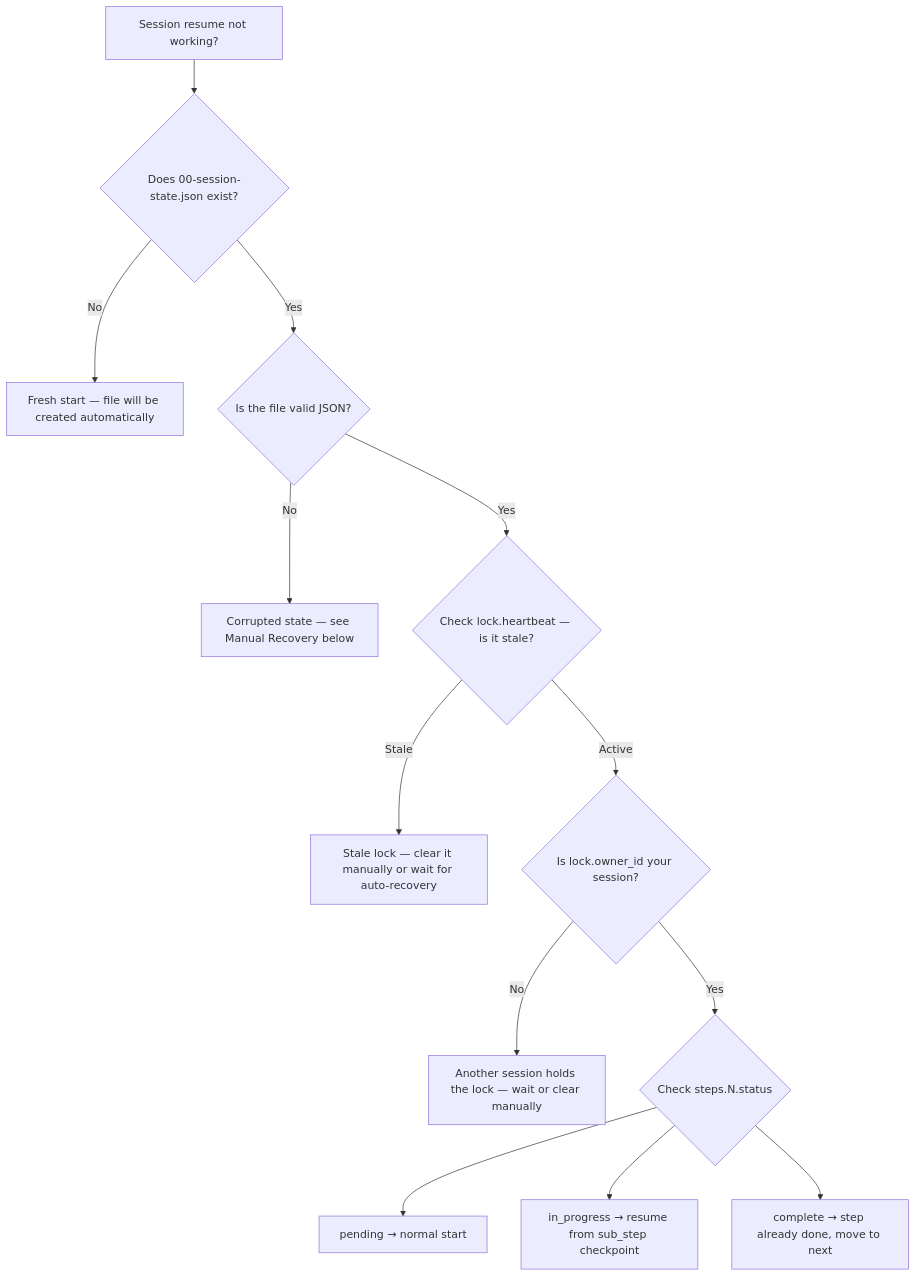
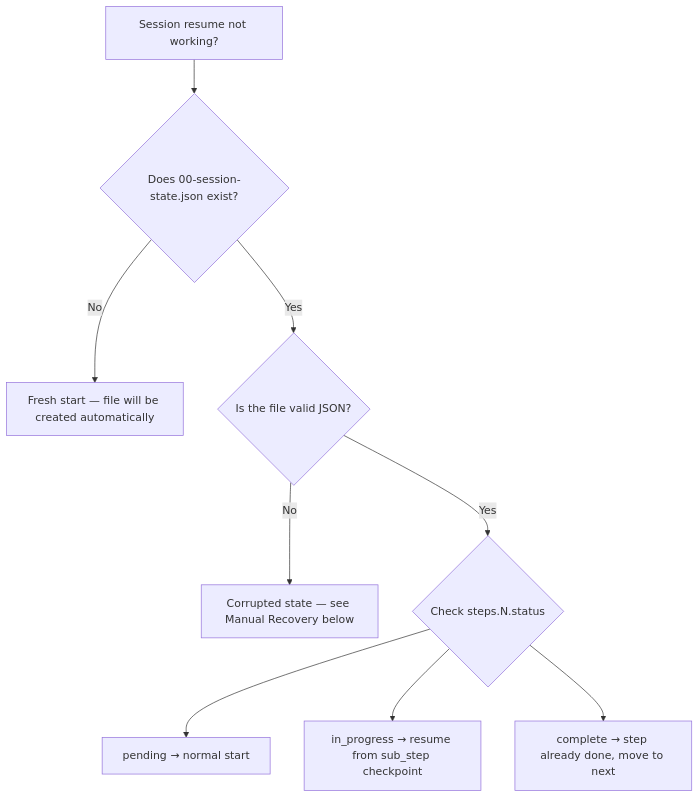
Before and after one commit to jonathan-vella/apex: the diagram in docs/session-debugging.md, drawn with Mermaid. The commit also changed other lines of this file and 253 other files, not shown here.

````diff
--- a/docs/session-debugging.md
+++ b/docs/session-debugging.md
@@ -28,15 +27,11 @@
 ```mermaid
 flowchart TD
     A["Session resume not working?"] --> B{"Does 00-session-state.json exist?"}
     B -- No --> C["Fresh start — file will be created automatically"]
     B -- Yes --> D{"Is the file valid JSON?"}
     D -- No --> E["Corrupted state — see Manual Recovery below"]
-    D -- Yes --> F{"Check lock.heartbeat — is it stale?"}
-    F -- Stale --> G["Stale lock — clear it manually or wait for auto-recovery"]
-    F -- Active --> H{"Is lock.owner_id your session?"}
-    H -- No --> I["Another session holds the lock — wait or clear manually"]
-    H -- Yes --> J{"Check steps.N.status"}
+    D -- Yes --> J{"Check steps.N.status"}
     J --> K["pending → normal start"]
     J --> L["in_progress → resume from sub_step checkpoint"]
     J --> M["complete → step already done, move to next"]
 ```
````
